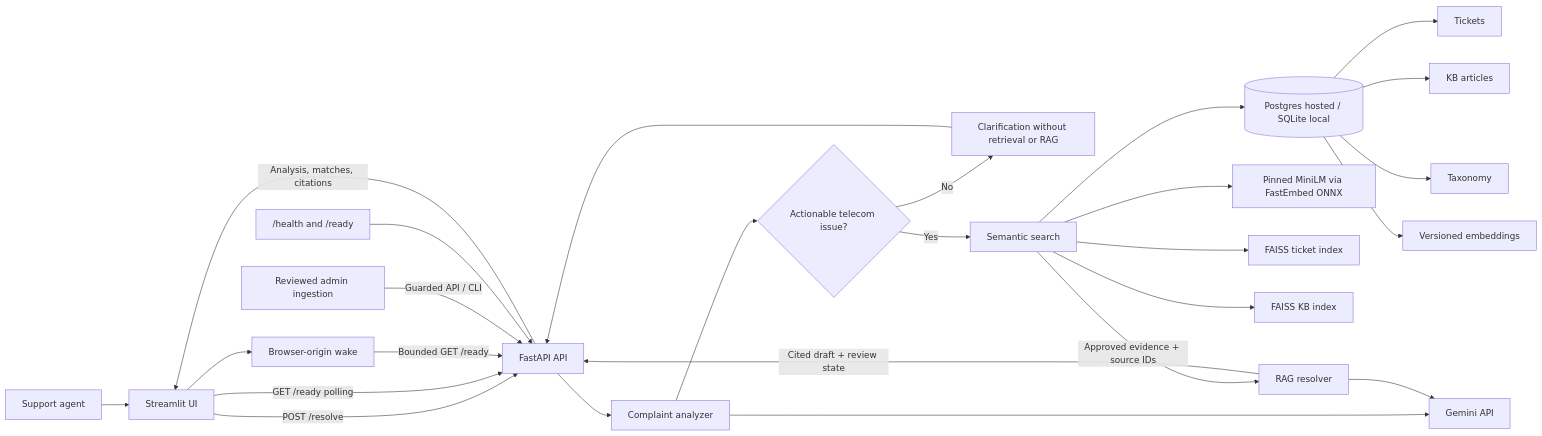
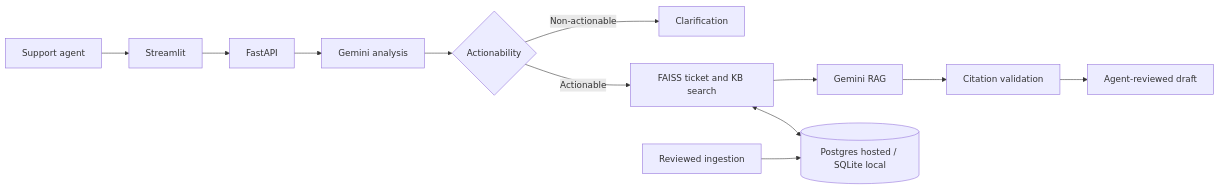
One commit to ShreyasKowshal/Intelligent-Support-Ticket-Resolution-Assistant changed the diagram in README.md. Above: the diagram before and after it, drawn with Mermaid. The commit also changed other lines of this file and 1 other file, not shown here.

````diff
--- a/README.md
+++ b/README.md
@@ -11,28 +11,8 @@
 ```mermaid
 flowchart LR
-    Agent[Support agent] --> UI[Streamlit UI]
-    UI -->|POST /resolve| API[FastAPI API]
-    UI -->|GET /ready polling| API
-    UI --> Wake[Browser-origin wake]
-    Wake -->|Bounded GET /ready| API
-    API --> Analyze[Complaint analyzer]
-    Analyze --> Actionable{Actionable telecom issue?}
-    Actionable -->|No| Clarify[Clarification without retrieval or RAG]
-    Actionable -->|Yes| Search[Semantic search]
-    Analyze --> Gemini[Gemini API]
-    Clarify --> API
-    RAG --> Gemini
-    Search --> Encoder[Pinned MiniLM via FastEmbed ONNX]
-    Search --> TicketsIndex[FAISS ticket index]
-    Search --> KBIndex[FAISS KB index]
-    Search --> DB[(Postgres hosted / SQLite local)]
-    DB --> Tickets[Tickets]
-    DB --> KB[KB articles]
-    DB --> Taxonomy[Taxonomy]
-    DB --> Embeddings[Versioned embeddings]
-    Search -->|Approved evidence + source IDs| RAG[RAG resolver]
-    RAG -->|Cited draft + review state| API
-    API -->|Analysis, matches, citations| UI
-    Admin[Reviewed admin ingestion] -->|Guarded API / CLI| API
-    Health["/health and /ready"] --> API
+    Agent[Support agent] --> UI[Streamlit] --> API[FastAPI] --> Analysis[Gemini analysis] --> Guard{Actionability}
+    Guard -->|Non-actionable| Clarify[Clarification]
+    Guard -->|Actionable| Search[FAISS ticket and KB search] --> RAG[Gemini RAG] --> Citations[Citation validation] --> Draft[Agent-reviewed draft]
+    Search <--> DB[(Postgres hosted / SQLite local)]
+    Admin[Reviewed ingestion] --> DB
 ```
````
